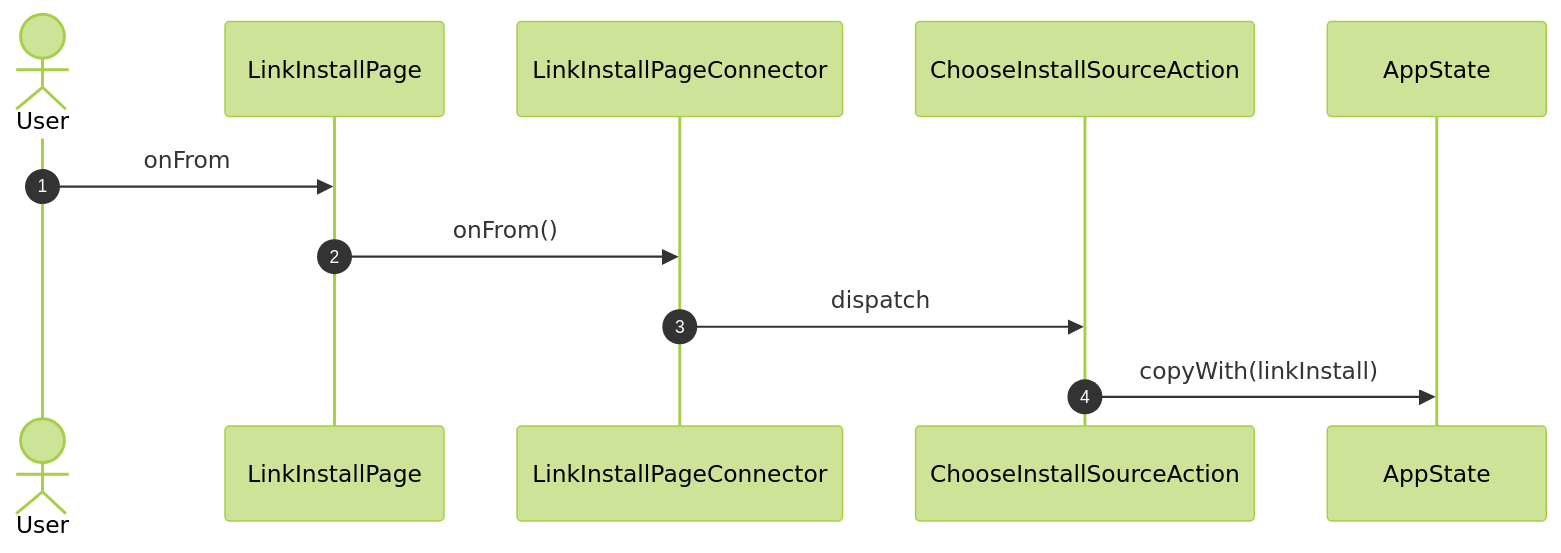
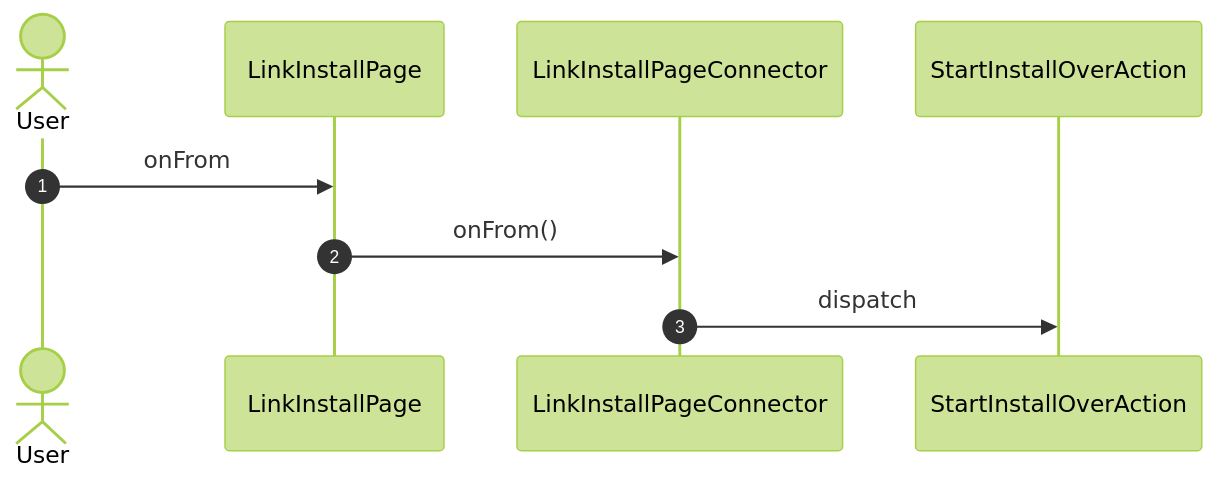
Before and after one commit to gencto/wyrm: the second of 17 diagrams in studio/docs/flows/linkInstall.md, drawn with Mermaid (forest theme). The commit also changed other lines of this file and 1 other file, not shown here.

First line of the commit message:
studio: link install: the flow docs follow the new actions

````diff
--- a/studio/docs/flows/linkInstall.md
+++ b/studio/docs/flows/linkInstall.md
@@ -24,14 +24,12 @@
 ```mermaid
 sequenceDiagram
     autonumber
     actor User
     participant UI as LinkInstallPage
     participant VM as LinkInstallPageConnector
-    participant A1 as ChooseInstallSourceAction
-    participant ST as AppState
+    participant A1 as StartInstallOverAction
 
     User->>UI: onFrom
     UI->>VM: onFrom()
     VM->>A1: dispatch
-    A1->>ST: copyWith(linkInstall)
 ```
````
